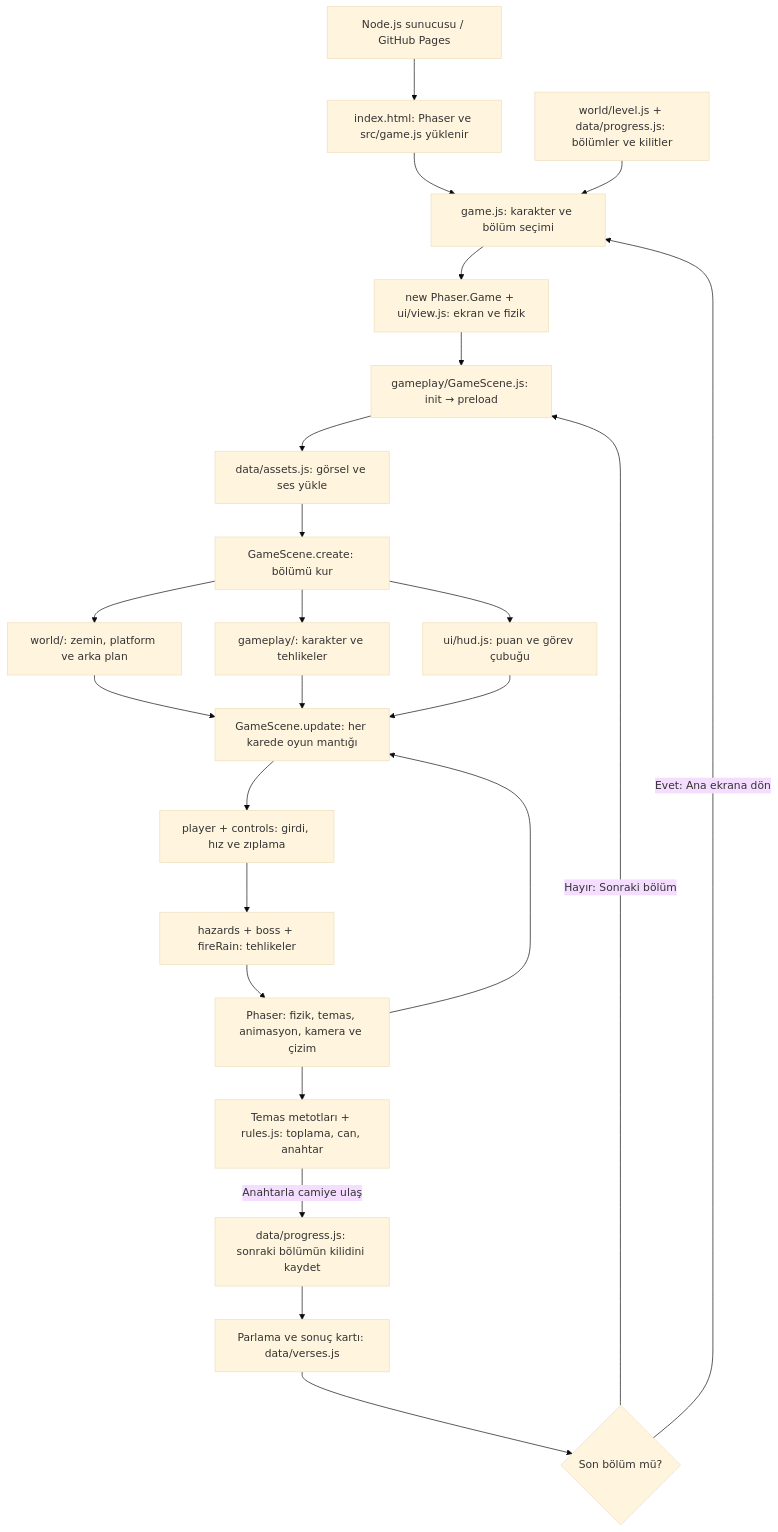
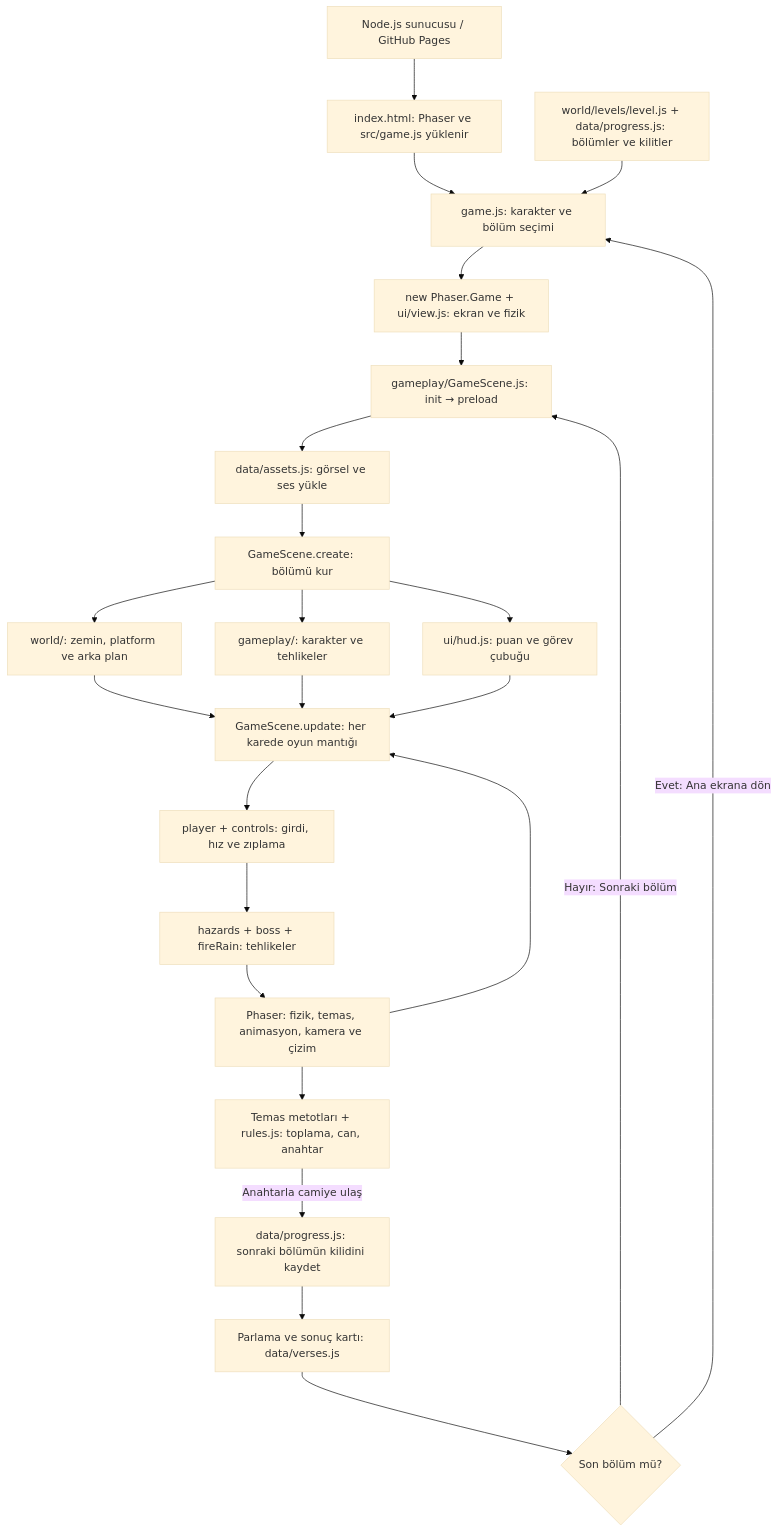
One commit to talhasavash/PhaserGameProject changed the diagram in README.md. Above: the diagram before and after it, drawn with Mermaid (base theme). The commit also changed other lines of this file and 29 other files, not shown here.

````diff
--- a/README.md
+++ b/README.md
@@ -154,26 +159,26 @@
 ```mermaid
 flowchart TD
     A["Node.js sunucusu / GitHub Pages"] --> B["index.html: Phaser ve src/game.js yüklenir"]
     B --> C["game.js: karakter ve bölüm seçimi"]
-    D["world/level.js + data/progress.js: bölümler ve kilitler"] --> C
+    D["world/levels/level.js + data/progress.js: bölümler ve kilitler"] --> C
     C --> E["new Phaser.Game + ui/view.js: ekran ve fizik"]
     E --> F["gameplay/GameScene.js: init → preload"]
     F --> G["data/assets.js: görsel ve ses yükle"]
     G --> H["GameScene.create: bölümü kur"]
     H --> I["world/: zemin, platform ve arka plan"]
     H --> J["gameplay/: karakter ve tehlikeler"]
     H --> K["ui/hud.js: puan ve görev çubuğu"]
     I --> L["GameScene.update: her karede oyun mantığı"]
     J --> L
     K --> L
     L --> M["player + controls: girdi, hız ve zıplama"]
     M --> N["hazards + boss + fireRain: tehlikeler"]
     N --> O["Phaser: fizik, temas, animasyon, kamera ve çizim"]
     O --> L
     O --> P["Temas metotları + rules.js: toplama, can, anahtar"]
     P -->|"Anahtarla camiye ulaş"| Q["data/progress.js: sonraki bölümün kilidini kaydet"]
     Q --> R["Parlama ve sonuç kartı: data/verses.js"]
     R --> S{"Son bölüm mü?"}
     S -->|"Hayır: Sonraki bölüm"| F
     S -->|"Evet: Ana ekrana dön"| C
 ```
````
